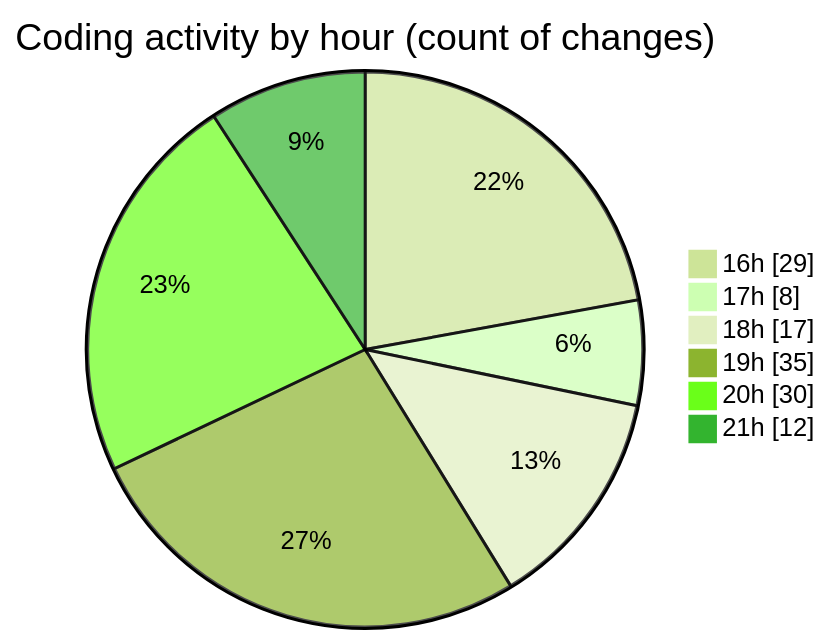
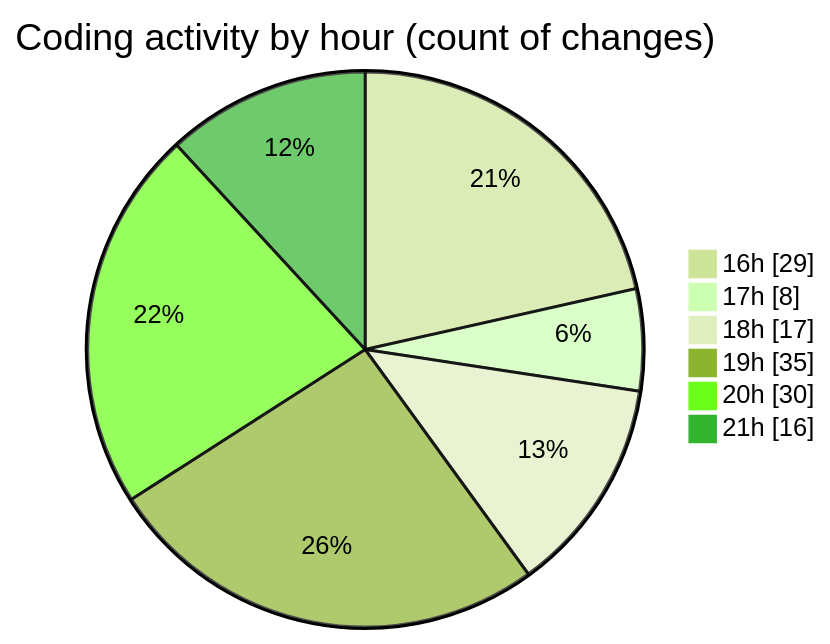
Before and after one commit to Netris89/code-tracking: the second of 2 diagrams in 2025-11-01/skintrack/README.md, drawn with Mermaid (forest theme). The commit also changed other lines of this file and 1 other file, not shown here.

````diff
--- a/2025-11-01/skintrack/README.md
+++ b/2025-11-01/skintrack/README.md
@@ -35,10 +35,10 @@
 ```mermaid
 pie showData
 title Coding activity by hour (count of changes)
 "16h" : 29
 "17h" : 8
 "18h" : 17
 "19h" : 35
 "20h" : 30
-"21h" : 12
+"21h" : 16
 ```
````
